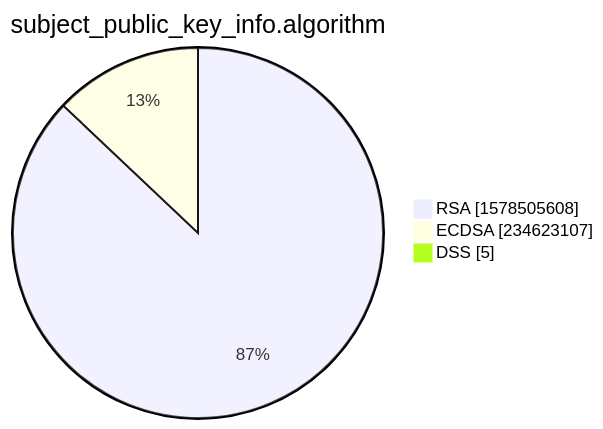
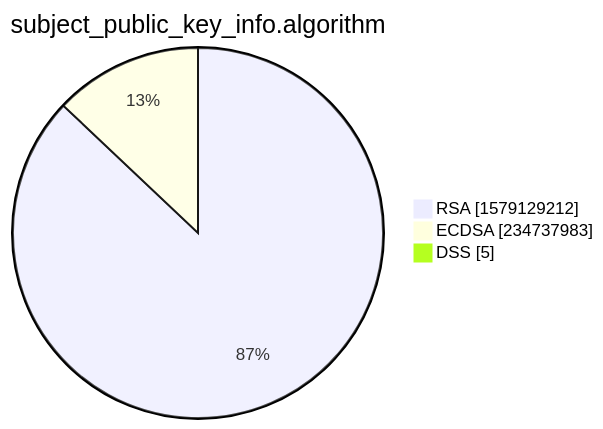
The third of 15 diagrams in xenon2022/README.md (christiankrug/ctmonitor_visualization), drawn with Mermaid before and after one commit. The commit also changed other lines of this file, not shown here.

````diff
--- a/xenon2022/README.md
+++ b/xenon2022/README.md
@@ -14,7 +14,7 @@
 ```mermaid
 pie showData
 title subject_public_key_info.algorithm
-"RSA" :1578505608
-"ECDSA" :234623107
+"RSA" :1579129212
+"ECDSA" :234737983
 "DSS" :5
 ```
````
